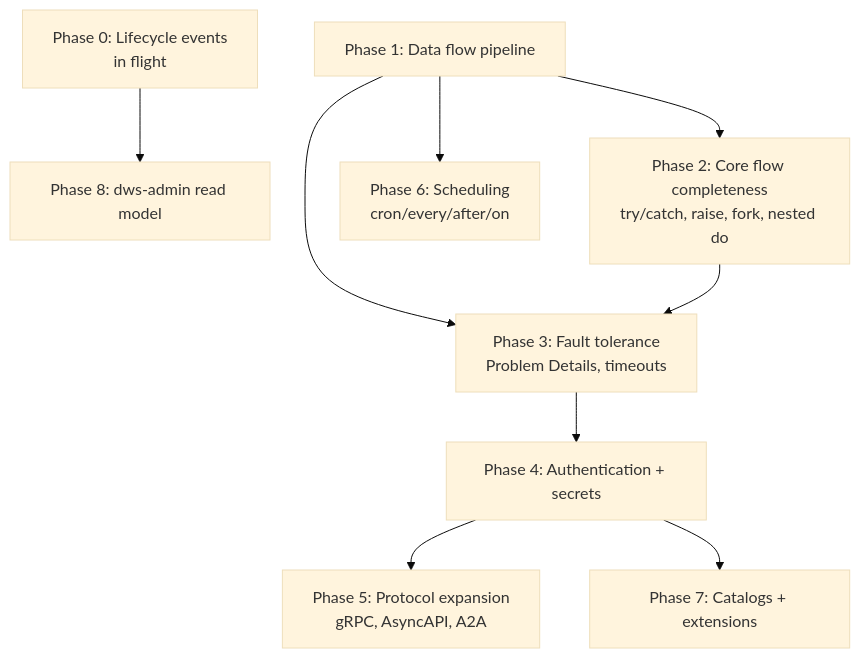
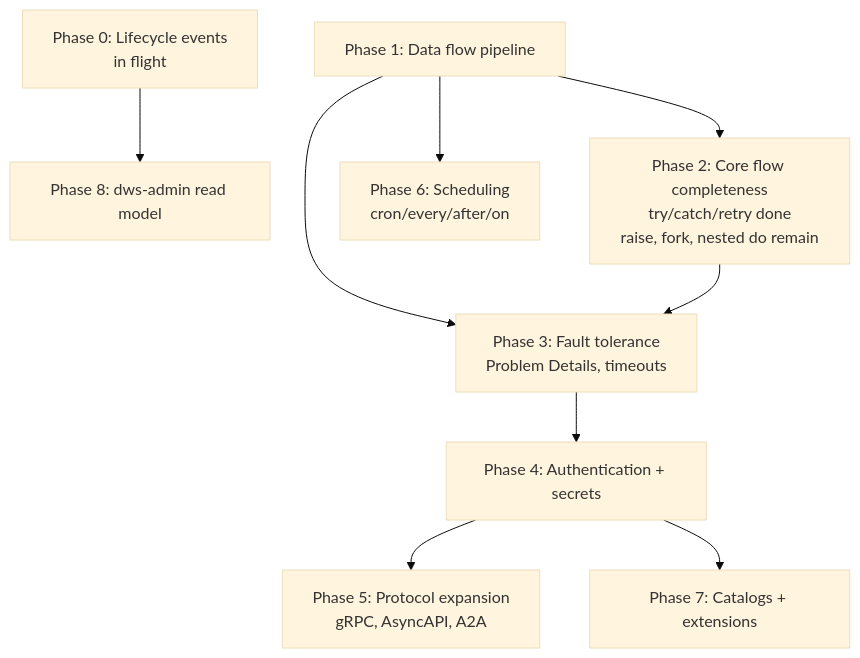
The diagram in openwiki/architecture/roadmap.md (tonylibs/dapr-workflow-spec), drawn with Mermaid (base theme) before and after one commit. The commit also changed other lines of this file and 2 other files, not shown here.

````diff
--- a/openwiki/architecture/roadmap.md
+++ b/openwiki/architecture/roadmap.md
@@ -54,11 +55,11 @@
 ```mermaid
 flowchart TD
   P0[Phase 0: Lifecycle events<br/>in flight] --> P8[Phase 8: dws-admin read model]
-  P1[Phase 1: Data flow pipeline] --> P2[Phase 2: Core flow completeness<br/>try/catch, raise, fork, nested do]
+  P1[Phase 1: Data flow pipeline] --> P2[Phase 2: Core flow completeness<br/>try/catch/retry done<br/>raise, fork, nested do remain]
   P1 --> P3[Phase 3: Fault tolerance<br/>Problem Details, timeouts]
   P2 --> P3
   P3 --> P4[Phase 4: Authentication + secrets]
   P4 --> P5[Phase 5: Protocol expansion<br/>gRPC, AsyncAPI, A2A]
   P1 --> P6[Phase 6: Scheduling<br/>cron/every/after/on]
   P4 --> P7[Phase 7: Catalogs + extensions]
 ```
````
